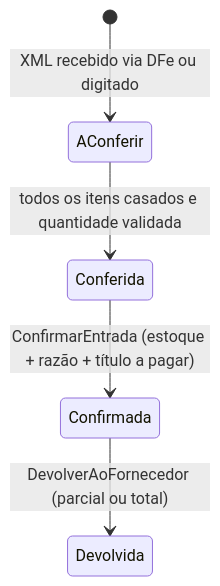
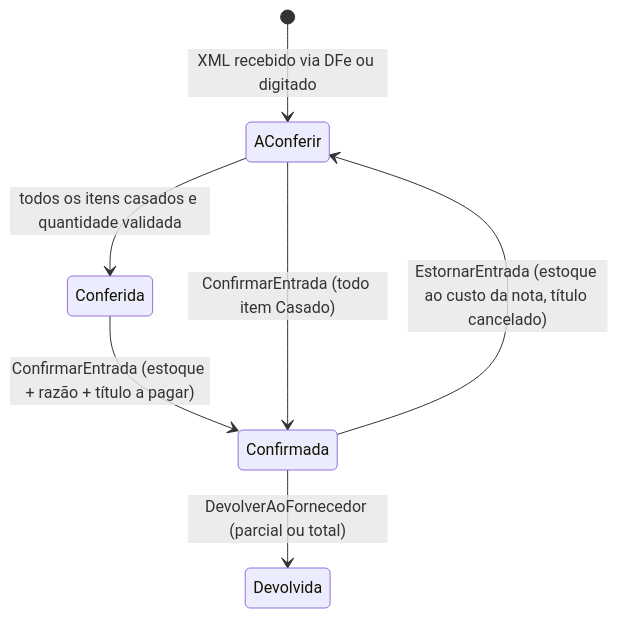
Before and after one commit to IgorGewehr/cardeal: the first of 2 diagrams in docs/modulos/compras.md, drawn with Mermaid. The commit also changed other lines of this file and 39 other files, not shown here.

First line of the commit message:
feat(compras): parcelas da nota (duplicatas) e estorno da entrada

````diff
--- a/docs/modulos/compras.md
+++ b/docs/modulos/compras.md
@@ -57,7 +57,9 @@
 ```mermaid
 stateDiagram-v2
     [*] --> AConferir: XML recebido via DFe ou digitado
     AConferir --> Conferida: todos os itens casados e quantidade validada
     Conferida --> Confirmada: ConfirmarEntrada (estoque + razão + título a pagar)
+    AConferir --> Confirmada: ConfirmarEntrada (todo item Casado)
+    Confirmada --> AConferir: EstornarEntrada (estoque ao custo da nota, título cancelado)
     Confirmada --> Devolvida: DevolverAoFornecedor (parcial ou total)
 ```
````
